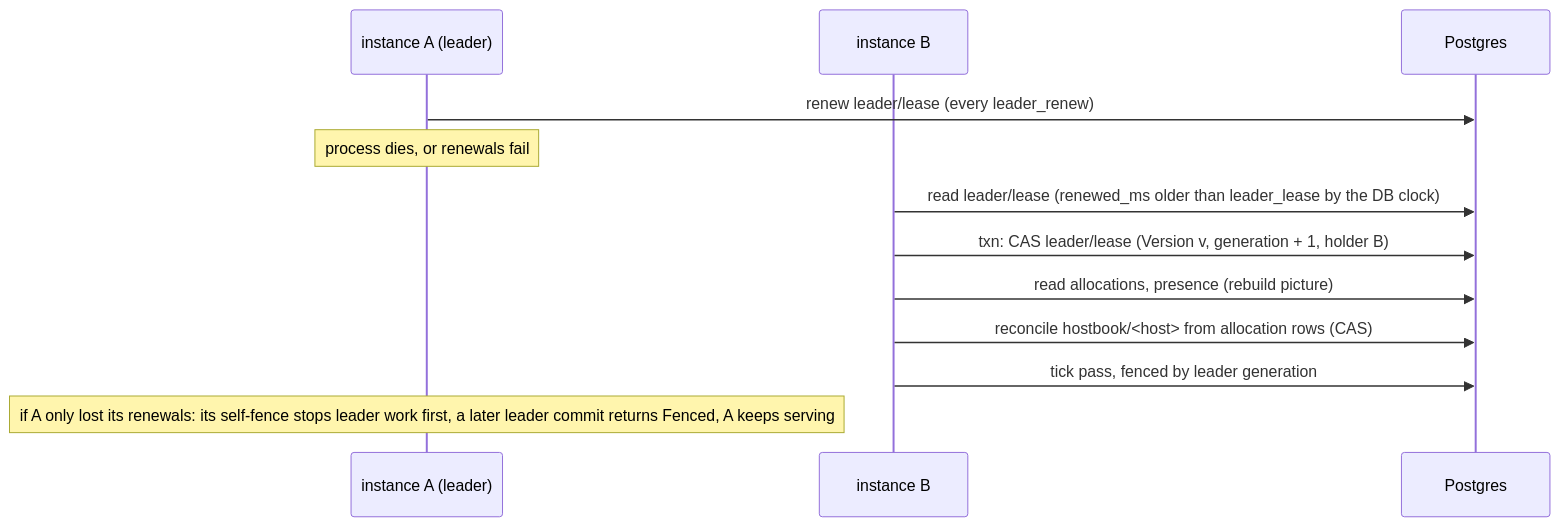
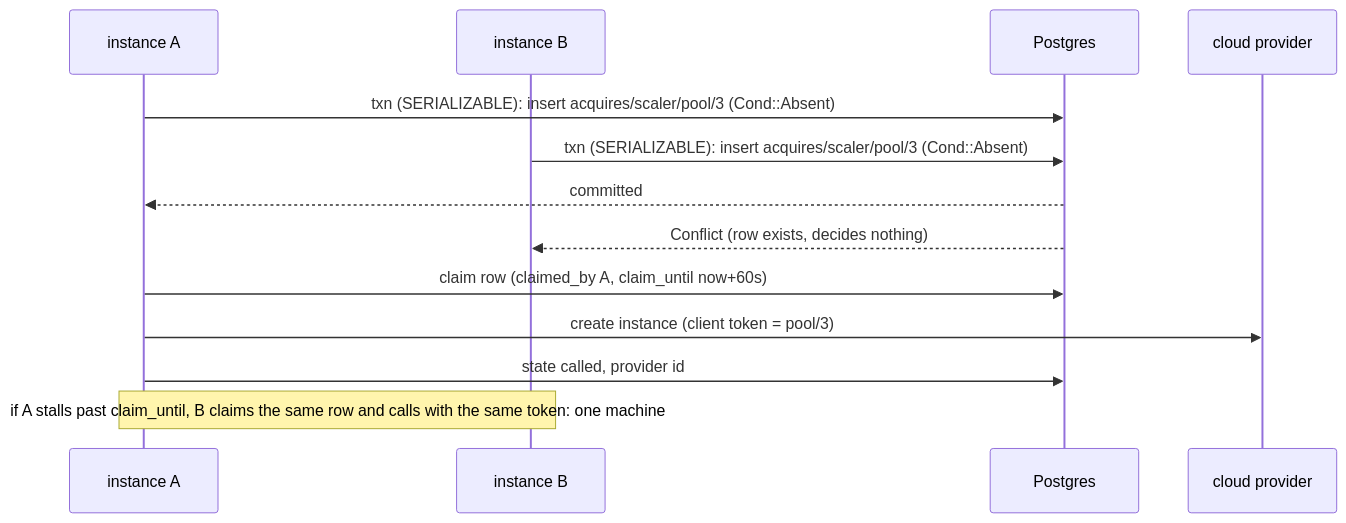
Before and after one commit to komira-ai/jobscheduler: the sixth of 7 diagrams in docs/design/multi-instance.md, drawn with Mermaid. The commit also changed other lines of this file and 1 other file, not shown here.

First line of the commit message:
Revise the multi-instance design to the leaderless model: Postgres is the single source of truth

````diff
--- a/docs/design/multi-instance.md
+++ b/docs/design/multi-instance.md
@@ -446,14 +625,15 @@
 ```mermaid
 sequenceDiagram
-    participant A as instance A (leader)
+    participant A as instance A
     participant B as instance B
     participant PG as Postgres
-    A->>PG: renew leader/lease (every leader_renew)
-    Note over A: process dies, or renewals fail
-    B->>PG: read leader/lease (renewed_ms older than leader_lease by the DB clock)
-    B->>PG: txn: CAS leader/lease (Version v, generation + 1, holder B)
-    B->>PG: read allocations, presence (rebuild picture)
-    B->>PG: reconcile hostbook/<host> from allocation rows (CAS)
-    B->>PG: tick pass, fenced by leader generation
-    Note over A: if A only lost its renewals: its self-fence stops leader work first, a later leader commit returns Fenced, A keeps serving
+    participant Cl as cloud provider
+    A->>PG: txn (SERIALIZABLE): insert acquires/scaler/pool/3 (Cond::Absent)
+    B->>PG: txn (SERIALIZABLE): insert acquires/scaler/pool/3 (Cond::Absent)
+    PG-->>A: committed
+    PG-->>B: Conflict (row exists, decides nothing)
+    A->>PG: claim row (claimed_by A, claim_until now+60s)
+    A->>Cl: create instance (client token = pool/3)
+    A->>PG: state called, provider id
+    Note over A,B: if A stalls past claim_until, B claims the same row and calls with the same token: one machine
 ```
````
